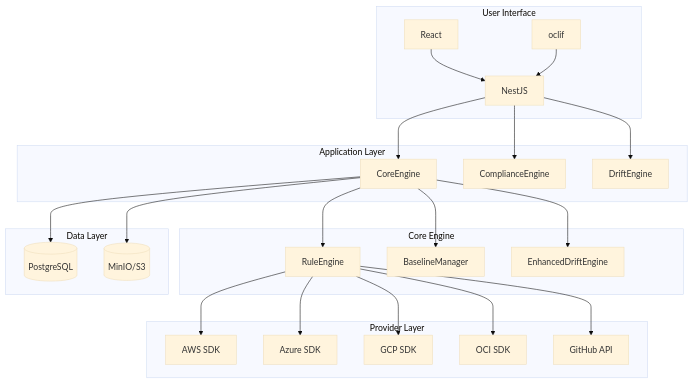
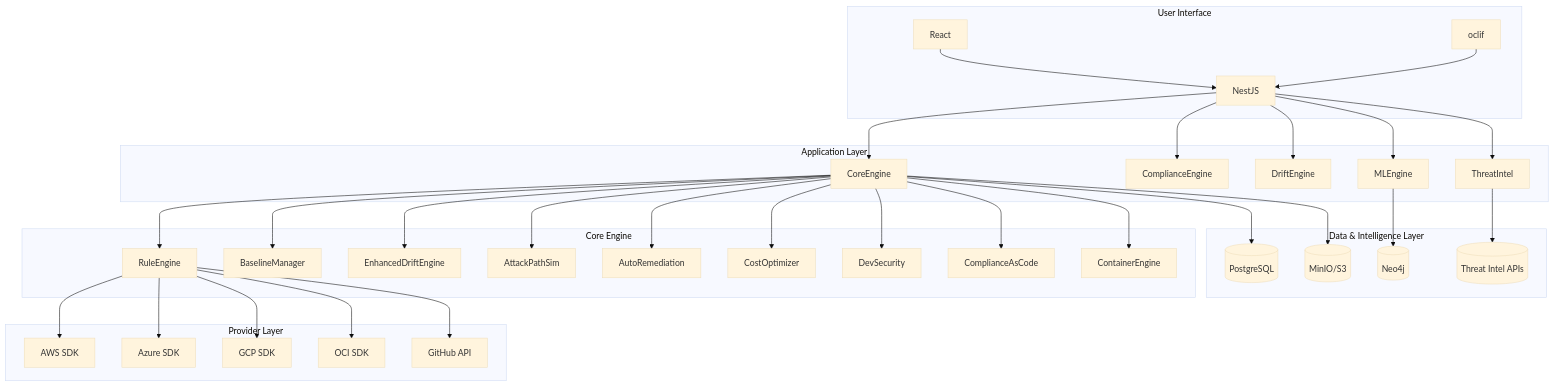
Before and after one commit to prompt-general/cloudsploit-like: the diagram in README.md, drawn with Mermaid (base theme). The commit also changed other lines of this file, not shown here.

First line of the commit message:
docs: Update README.md with advanced features and architecture

````diff
--- a/README.md
+++ b/README.md
@@ -47,32 +86,42 @@
 ```mermaid
 graph TB
     subgraph "User Interface"
         UI[React] --> API
         CLI[oclif] --> API
     end
     
     subgraph "Application Layer"
         API[NestJS] --> CoreEngine
         API --> ComplianceEngine
         API --> DriftEngine
+        API --> MLEngine
+        API --> ThreatIntel
     end
     
     subgraph "Core Engine"
         CoreEngine --> RuleEngine
         CoreEngine --> BaselineManager
         CoreEngine --> EnhancedDriftEngine
+        CoreEngine --> AttackPathSim
+        CoreEngine --> AutoRemediation
+        CoreEngine --> CostOptimizer
+        CoreEngine --> DevSecurity
+        CoreEngine --> ComplianceAsCode
+        CoreEngine --> ContainerEngine
     end
     
     subgraph "Provider Layer"
         RuleEngine --> AWS[AWS SDK]
         RuleEngine --> Azure[Azure SDK]
         RuleEngine --> GCP[GCP SDK]
         RuleEngine --> OCI[OCI SDK]
         RuleEngine --> GitHub[GitHub API]
     end
     
-    subgraph "Data Layer"
+    subgraph "Data & Intelligence Layer"
         CoreEngine --> PostgreSQL[(PostgreSQL)]
         CoreEngine --> ObjectStorage[(MinIO/S3)]
+        MLEngine --> Neo4j[(Neo4j)]
+        ThreatIntel --> ThreatFeeds[(Threat Intel APIs)]
     end
 ```
````
